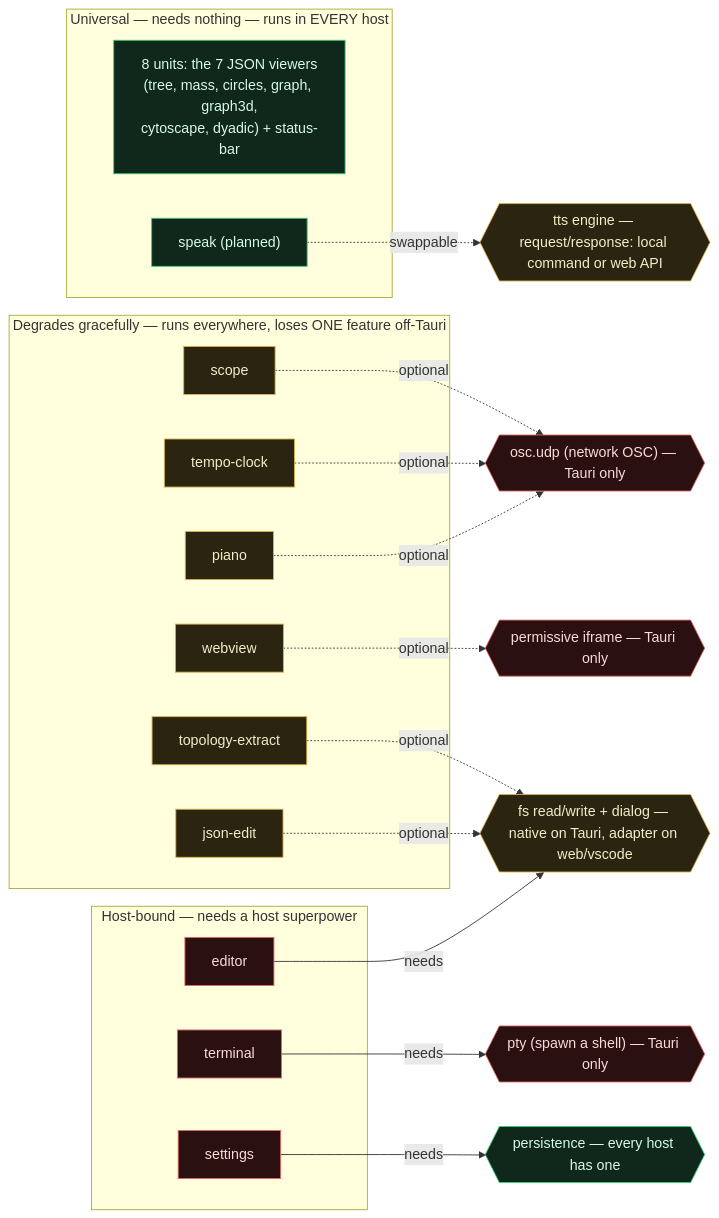
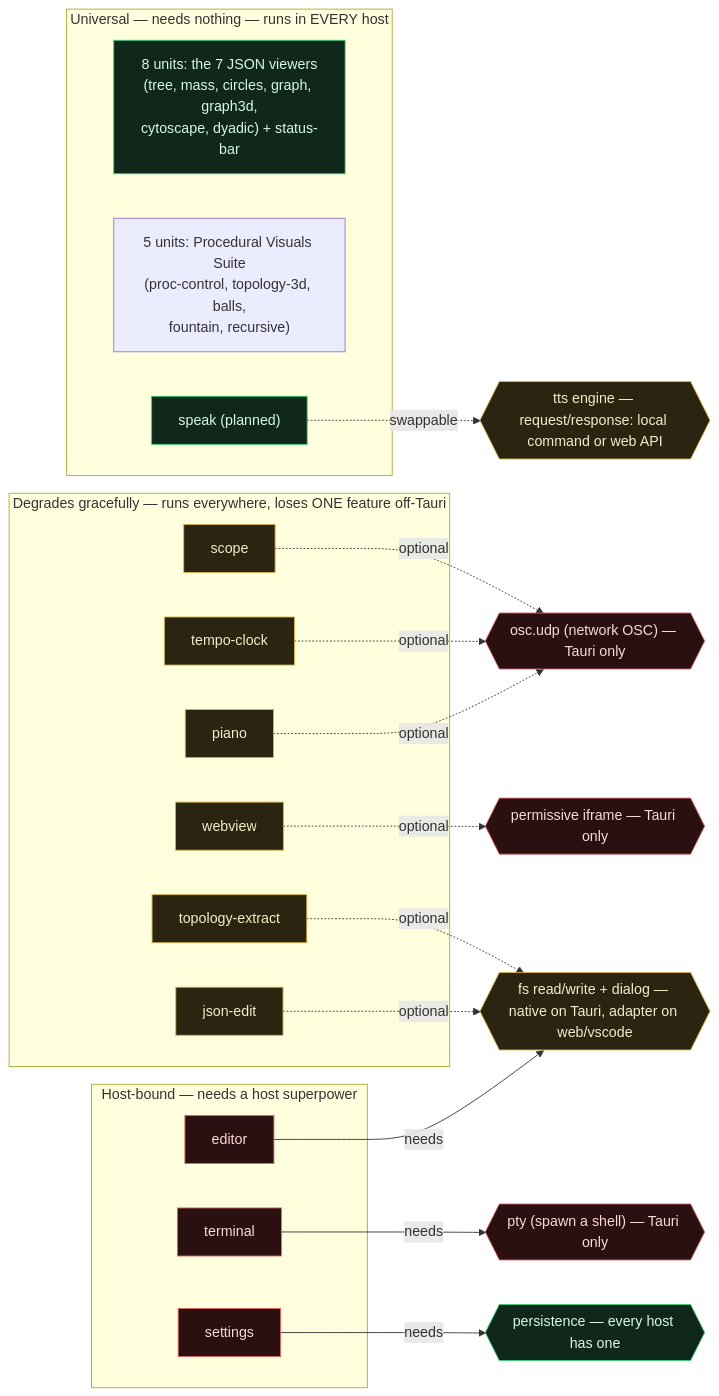
The diagram in docs/panel-capability-map.md (halapenyoharry/exoskeleton), drawn with Mermaid before and after one commit. The commit also changed other lines of this file and 32 other files, not shown here.

Commit message:
Integrate procedural visuals suite, SuiteManifest engine, and Eurorack-style controls

````diff
--- a/docs/panel-capability-map.md
+++ b/docs/panel-capability-map.md
@@ -15,53 +15,54 @@
 ```mermaid
 flowchart LR
   subgraph PORTABLE["Universal — needs nothing — runs in EVERY host"]
     U["8 units: the 7 JSON viewers<br/>(tree, mass, circles, graph, graph3d,<br/>cytoscape, dyadic) + status-bar"]
+    Proc["5 units: Procedural Visuals Suite<br/>(proc-control, topology-3d, balls,<br/>fountain, recursive)"]
     Speak["speak (planned)"]
   end
 
   subgraph DEGRADE["Degrades gracefully — runs everywhere, loses ONE feature off-Tauri"]
     Piano["piano"]
     Clock["tempo-clock"]
     Scope["scope"]
     JsonEdit["json-edit"]
     Webview["webview"]
     TopoExtract["topology-extract"]
   end
 
   subgraph HOSTBOUND["Host-bound — needs a host superpower"]
     Terminal["terminal"]
     Editor["editor"]
     Settings["settings"]
   end
 
   PTY{{"pty (spawn a shell) — Tauri only"}}
   OSCUDP{{"osc.udp (network OSC) — Tauri only"}}
   IFRAME{{"permissive iframe — Tauri only"}}
   FS{{"fs read/write + dialog — native on Tauri, adapter on web/vscode"}}
   PERSIST{{"persistence — every host has one"}}
   TTS{{"tts engine — request/response: local command or web API"}}
 
   Terminal -->|needs| PTY
   Editor -->|needs| FS
   Settings -->|needs| PERSIST
   JsonEdit -.optional.-> FS
   Piano -.optional.-> OSCUDP
   Clock -.optional.-> OSCUDP
   Scope -.optional.-> OSCUDP
   Webview -.optional.-> IFRAME
   TopoExtract -.optional.-> FS
   Speak -.swappable.-> TTS
 
   classDef portable fill:#10271b,stroke:#39cf7a,color:#d6fae5;
   classDef degrade fill:#2a2410,stroke:#d8b34a,color:#f5ecca;
   classDef bound fill:#2a1010,stroke:#e06a6a,color:#fadada;
   classDef capTauri fill:#2a1010,stroke:#e06a6a,color:#fadada;
   classDef capAny fill:#10271b,stroke:#39cf7a,color:#d6fae5;
   classDef capAdapt fill:#2a2410,stroke:#d8b34a,color:#f5ecca;
   class U,Speak portable;
   class Piano,Clock,Scope,JsonEdit,Webview,TopoExtract degrade;
   class Terminal,Editor,Settings bound;
   class PTY,OSCUDP,IFRAME capTauri;
   class PERSIST capAny;
   class FS,TTS capAdapt;
 ```
````
